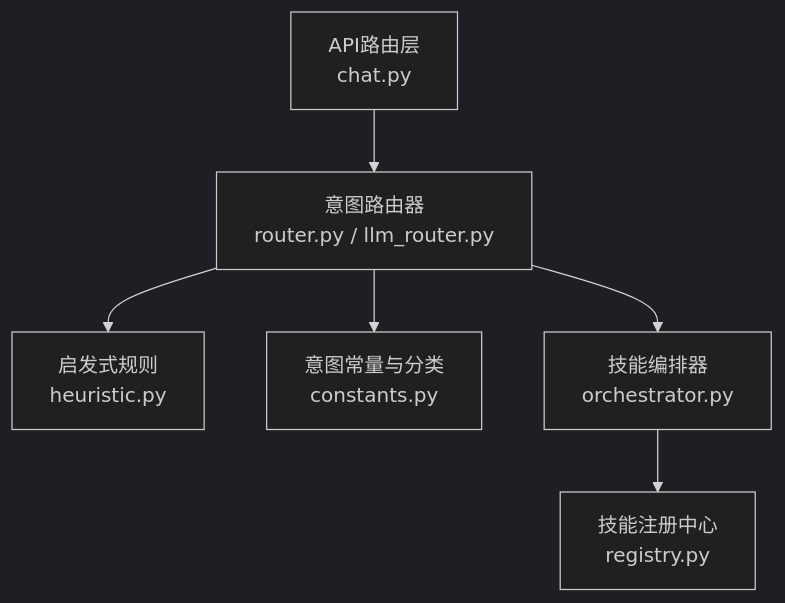
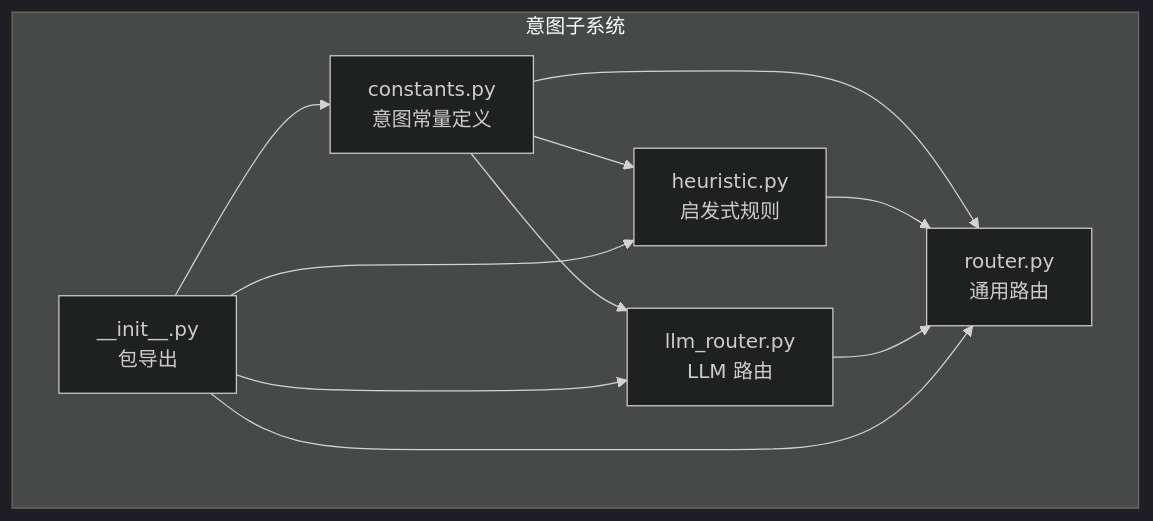
Before and after one commit to zmdhdu/NexusCockpit: the first of 7 diagrams in .qoder/repowiki/zh/content/核心模块设计/AI Agent系统/意图识别与路由/意图常量定义.md, drawn with Mermaid (dark theme). The commit also changed other lines of this file and 23 other files, not shown here.

````diff
--- a/.qoder/repowiki/zh/content/核心模块设计/AI Agent系统/意图识别与路由/意图常量定义.md
+++ b/.qoder/repowiki/zh/content/核心模块设计/AI Agent系统/意图识别与路由/意图常量定义.md
@@ -42,8 +34,19 @@
 ```mermaid
 graph TB
-A["API路由层<br/>chat.py"] --> B["意图路由器<br/>router.py / llm_router.py"]
-B --> C["启发式规则<br/>heuristic.py"]
-B --> D["意图常量与分类<br/>constants.py"]
-B --> E["技能编排器<br/>orchestrator.py"]
-E --> F["技能注册中心<br/>registry.py"]
+subgraph "意图子系统"
+C["constants.py<br/>意图常量定义"]
+H["heuristic.py<br/>启发式规则"]
+R["router.py<br/>通用路由"]
+LR["llm_router.py<br/>LLM 路由"]
+I["__init__.py<br/>包导出"]
+end
+C --> H
+C --> R
+C --> LR
+H --> R
+LR --> R
+I --> C
+I --> H
+I --> R
+I --> LR
 ```
````
